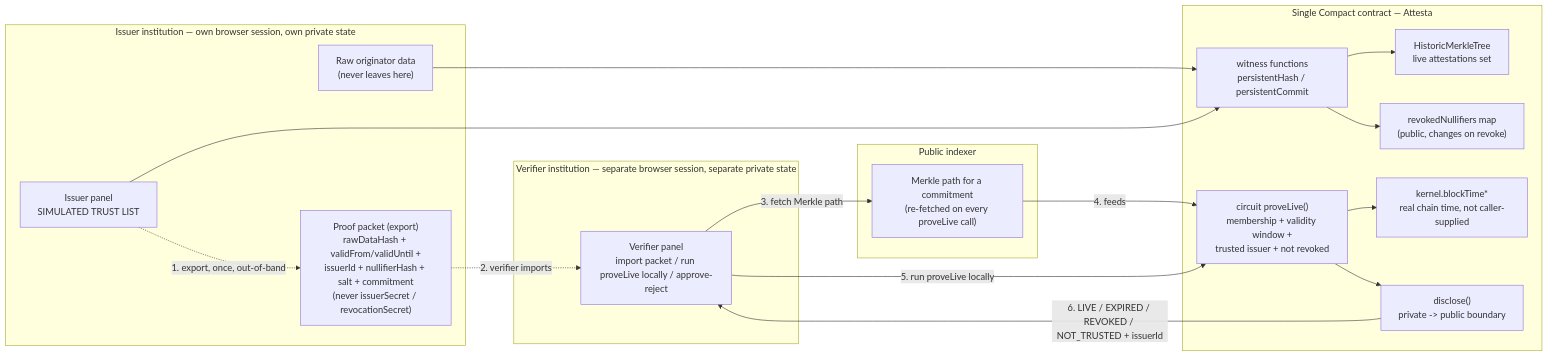
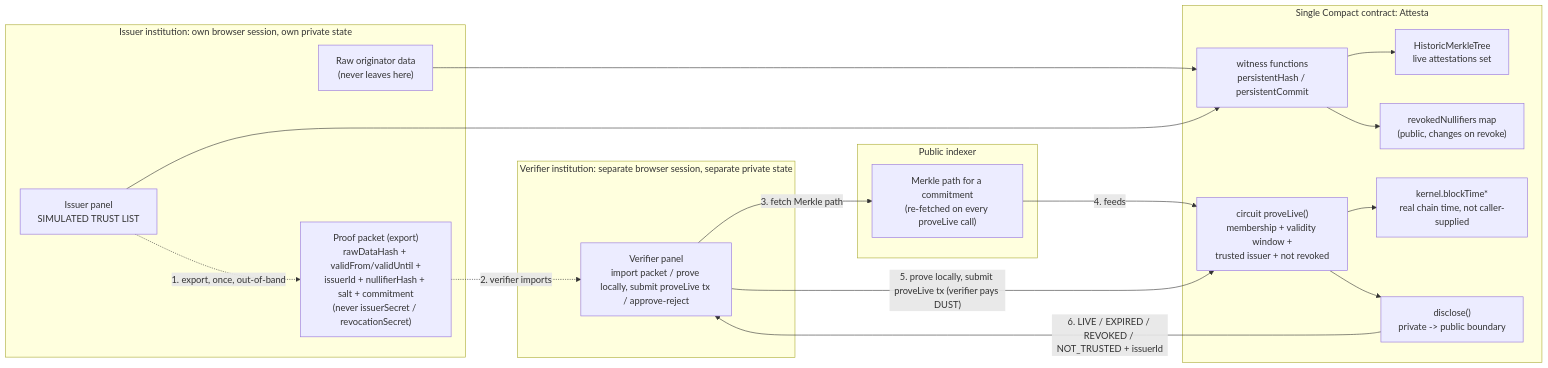
One commit to ceciliagalvaoo/Attesta changed the first of 3 diagrams in website/docs/engineering/architecture.md. Above: the diagram before and after it, drawn with Mermaid. The commit also changed other lines of this file and 49 other files, not shown here.

````diff
--- a/website/docs/engineering/architecture.md
+++ b/website/docs/engineering/architecture.md
@@ -9,38 +15,38 @@
 ```mermaid
 flowchart LR
-    subgraph Issuer["Issuer institution — own browser session, own private state"]
+    subgraph Issuer["Issuer institution: own browser session, own private state"]
         RawData["Raw originator data\n(never leaves here)"]
         IssuerPanel["Issuer panel\nSIMULATED TRUST LIST"]
         Packet["Proof packet (export)\nrawDataHash + validFrom/validUntil +\nissuerId + nullifierHash + salt + commitment\n(never issuerSecret / revocationSecret)"]
     end
 
-    subgraph Contract["Single Compact contract — Attesta"]
+    subgraph Contract["Single Compact contract: Attesta"]
         Witness["witness functions\npersistentHash / persistentCommit"]
         Tree["HistoricMerkleTree\nlive attestations set"]
         Nullifiers["revokedNullifiers map\n(public, changes on revoke)"]
         Kernel["kernel.blockTime*\nreal chain time, not caller-supplied"]
         ProveLive["circuit proveLive()\nmembership + validity window +\ntrusted issuer + not revoked"]
         Disclose["disclose()\nprivate -> public boundary"]
     end
 
     subgraph Indexer["Public indexer"]
         MerklePath["Merkle path for a commitment\n(re-fetched on every proveLive call)"]
     end
 
-    subgraph Verifier["Verifier institution — separate browser session, separate private state"]
-        VerifierPanel["Verifier panel\nimport packet / run proveLive locally / approve-reject"]
+    subgraph Verifier["Verifier institution: separate browser session, separate private state"]
+        VerifierPanel["Verifier panel\nimport packet / prove locally, submit proveLive tx / approve-reject"]
     end
 
     RawData --> Witness
     IssuerPanel --> Witness
     Witness --> Tree
     Witness --> Nullifiers
     IssuerPanel -. "1. export, once, out-of-band" .-> Packet
     Packet -. "2. verifier imports" .-> VerifierPanel
     VerifierPanel -- "3. fetch Merkle path" --> MerklePath
     MerklePath -- "4. feeds" --> ProveLive
-    VerifierPanel -- "5. run proveLive locally" --> ProveLive
+    VerifierPanel -- "5. prove locally, submit proveLive tx (verifier pays DUST)" --> ProveLive
     ProveLive --> Kernel
     ProveLive --> Disclose
     Disclose -- "6. LIVE / EXPIRED / REVOKED / NOT_TRUSTED + issuerId" --> VerifierPanel
 ```
````
